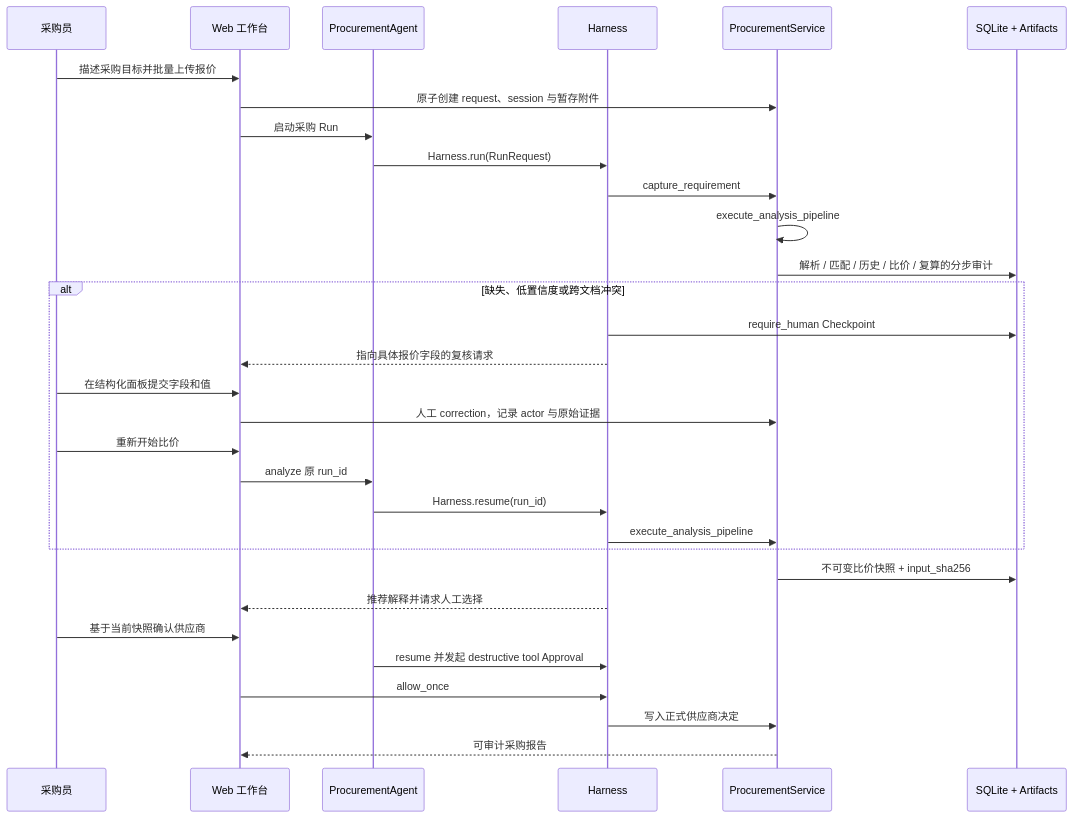
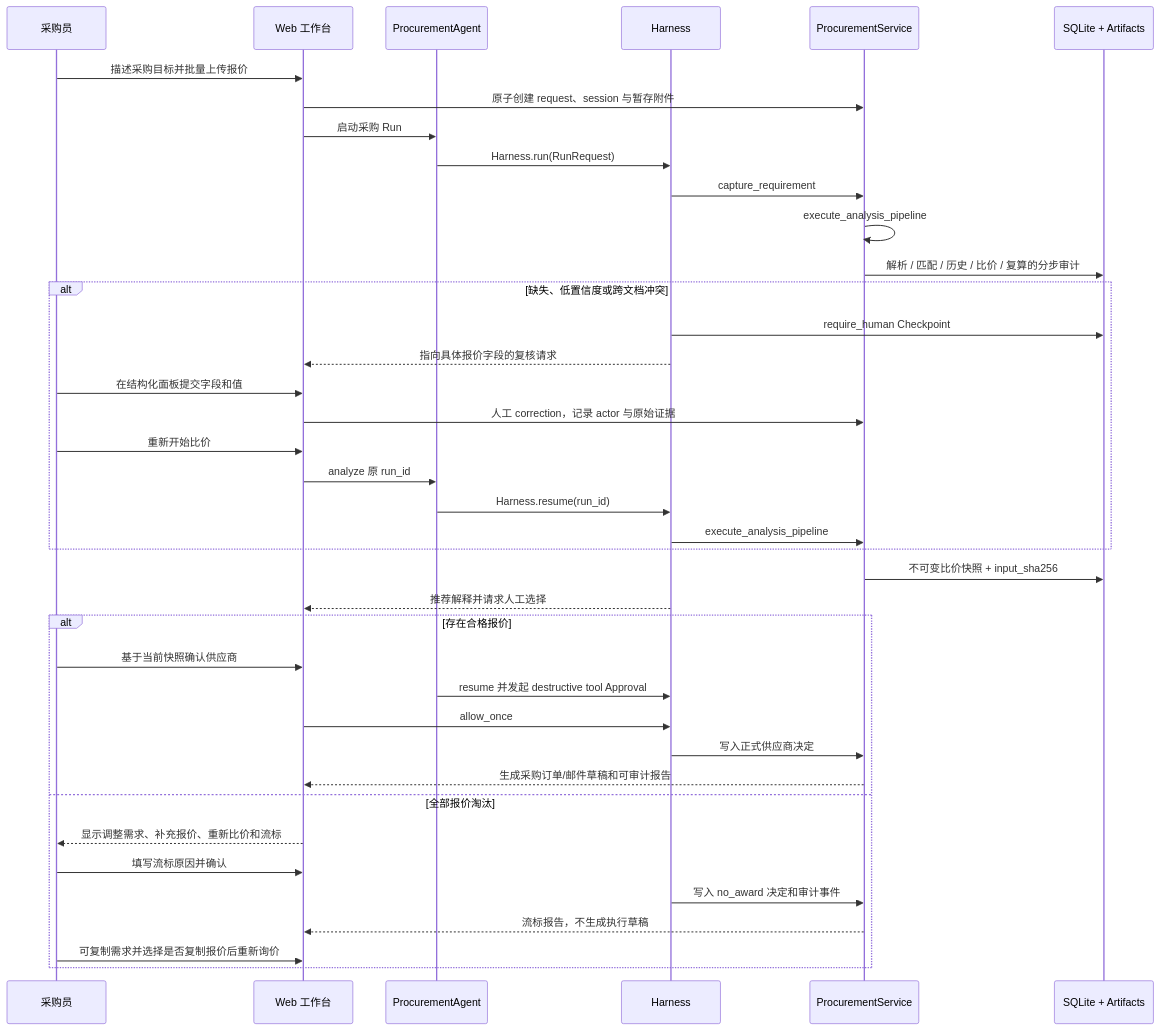
One commit to zxl666ab-sketch/agentharness changed the second of 2 diagrams in docs/architecture.md. Above: the diagram before and after it, drawn with Mermaid. The commit also changed other lines of this file and 46 other files, not shown here.

````diff
--- a/docs/architecture.md
+++ b/docs/architecture.md
@@ -37,34 +37,42 @@
 ```mermaid
 sequenceDiagram
     participant Buyer as 采购员
     participant Web as Web 工作台
     participant Agent as ProcurementAgent
     participant Harness as Harness
     participant Domain as ProcurementService
     participant Store as SQLite + Artifacts
 
     Buyer->>Web: 描述采购目标并批量上传报价
     Web->>Domain: 原子创建 request、session 与暂存附件
     Web->>Agent: 启动采购 Run
     Agent->>Harness: Harness.run(RunRequest)
     Harness->>Domain: capture_requirement
     Domain->>Domain: execute_analysis_pipeline
     Domain->>Store: 解析 / 匹配 / 历史 / 比价 / 复算的分步审计
     alt 缺失、低置信度或跨文档冲突
         Harness->>Store: require_human Checkpoint
         Harness-->>Web: 指向具体报价字段的复核请求
         Buyer->>Web: 在结构化面板提交字段和值
         Web->>Domain: 人工 correction，记录 actor 与原始证据
         Buyer->>Web: 重新开始比价
         Web->>Agent: analyze 原 run_id
         Agent->>Harness: Harness.resume(run_id)
         Harness->>Domain: execute_analysis_pipeline
     end
     Domain->>Store: 不可变比价快照 + input_sha256
     Harness-->>Web: 推荐解释并请求人工选择
-    Buyer->>Web: 基于当前快照确认供应商
-    Agent->>Harness: resume 并发起 destructive tool Approval
-    Web->>Harness: allow_once
-    Harness->>Domain: 写入正式供应商决定
-    Domain-->>Web: 可审计采购报告
+    alt 存在合格报价
+        Buyer->>Web: 基于当前快照确认供应商
+        Agent->>Harness: resume 并发起 destructive tool Approval
+        Web->>Harness: allow_once
+        Harness->>Domain: 写入正式供应商决定
+        Domain-->>Web: 生成采购订单/邮件草稿和可审计报告
+    else 全部报价淘汰
+        Web-->>Buyer: 显示调整需求、补充报价、重新比价和流标
+        Buyer->>Web: 填写流标原因并确认
+        Harness->>Domain: 写入 no_award 决定和审计事件
+        Domain-->>Web: 流标报告，不生成执行草稿
+        Buyer->>Web: 可复制需求并选择是否复制报价后重新询价
+    end
 ```
````
